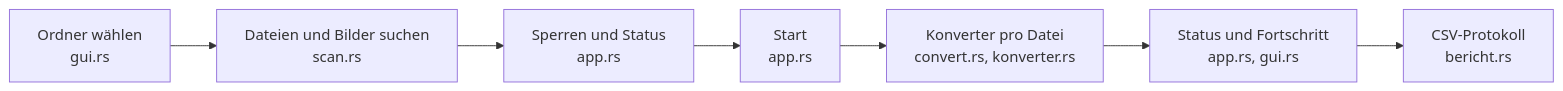
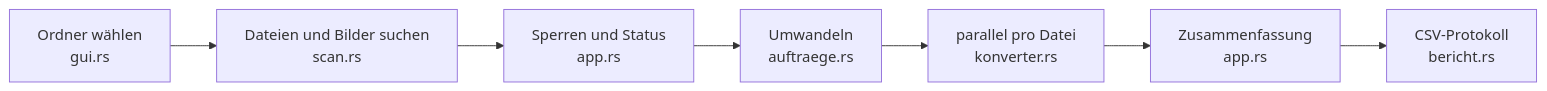
The first of 3 diagrams in wiki/funktionen.md (Senci/audio-konverter), drawn with Mermaid before and after one commit. The commit also changed other lines of this file and 41 other files, not shown here.

````diff
--- a/wiki/funktionen.md
+++ b/wiki/funktionen.md
@@ -18,4 +18,4 @@
 ```mermaid
 flowchart LR
-    A["Ordner wählen<br/>gui.rs"] --> B["Dateien und Bilder suchen<br/>scan.rs"] --> C["Sperren und Status<br/>app.rs"] --> D["Start<br/>app.rs"] --> E["Konverter pro Datei<br/>convert.rs, konverter.rs"] --> F["Status und Fortschritt<br/>app.rs, gui.rs"] --> G["CSV-Protokoll<br/>bericht.rs"]
+    A["Ordner wählen<br/>gui.rs"] --> B["Dateien und Bilder suchen<br/>scan.rs"] --> C["Sperren und Status<br/>app.rs"] --> D["Umwandeln<br/>auftraege.rs"] --> E["parallel pro Datei<br/>konverter.rs"] --> F["Zusammenfassung<br/>app.rs"] --> G["CSV-Protokoll<br/>bericht.rs"]
 ```
````
